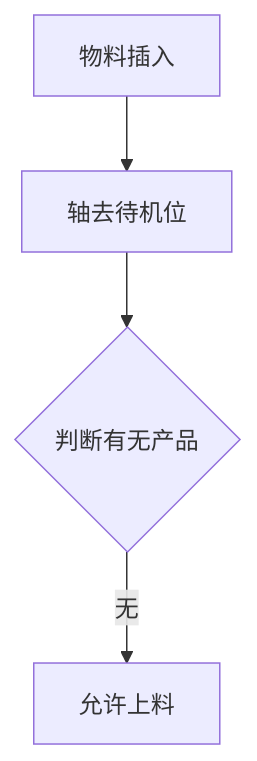
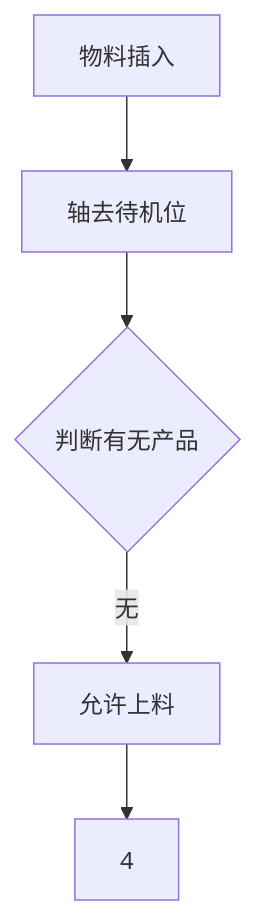
The diagram in all/VR-OP90物料插入.md (zmq000/iodraw-files), drawn with Mermaid before and after one commit.

Commit message:
2026-06-18 11:19:36 update

````diff
--- a/all/VR-OP90物料插入.md
+++ b/all/VR-OP90物料插入.md
@@ -1,8 +1,8 @@
 ```mermaid
 graph TD
 0[物料插入]-->10
 10[轴去待机位]-->20
 20{判断有无产品}-->|无|30
-30[允许上料]
+30[允许上料]-->4
   
 ```
````
